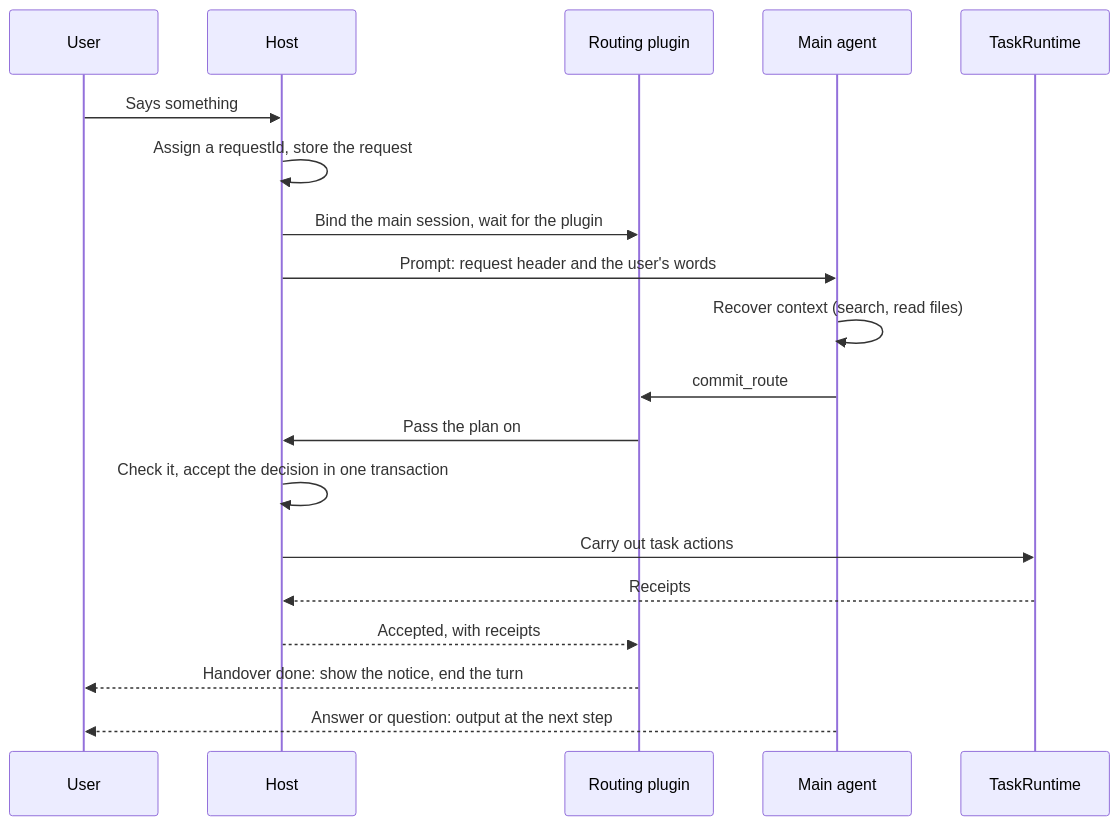
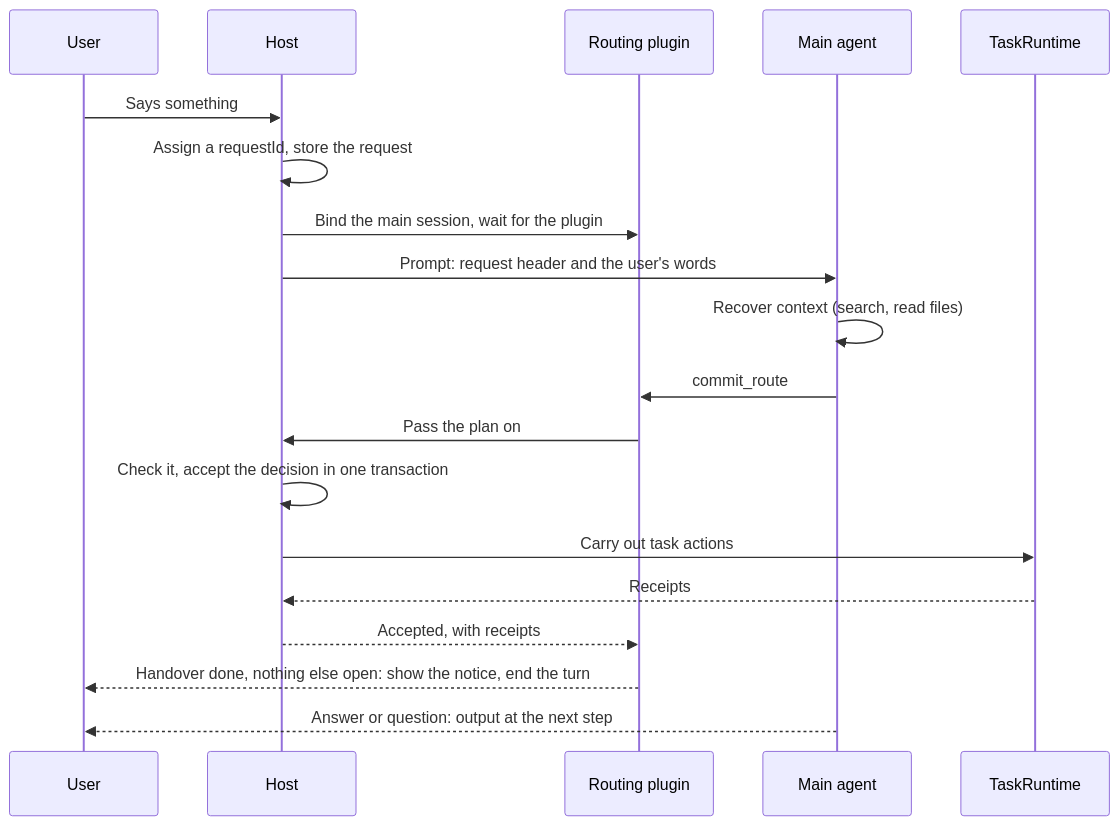
Before and after one commit to JNS0724/Viva: the diagram in docs/agent-routing-design.md, drawn with Mermaid. The commit also changed other lines of this file and 2 other files, not shown here.

````diff
--- a/docs/agent-routing-design.md
+++ b/docs/agent-routing-design.md
@@ -54,21 +54,21 @@
 ```mermaid
 sequenceDiagram
   participant U as User
   participant H as Host
   participant P as Routing plugin
   participant M as Main agent
   participant T as TaskRuntime
   U->>H: Says something
   H->>H: Assign a requestId, store the request
   H->>P: Bind the main session, wait for the plugin
   H->>M: Prompt: request header and the user's words
   M->>M: Recover context (search, read files)
   M->>P: commit_route
   P->>H: Pass the plan on
   H->>H: Check it, accept the decision in one transaction
   H->>T: Carry out task actions
   T-->>H: Receipts
   H-->>P: Accepted, with receipts
-  P-->>U: Handover done: show the notice, end the turn
+  P-->>U: Handover done, nothing else open: show the notice, end the turn
   M-->>U: Answer or question: output at the next step
 ```
````
